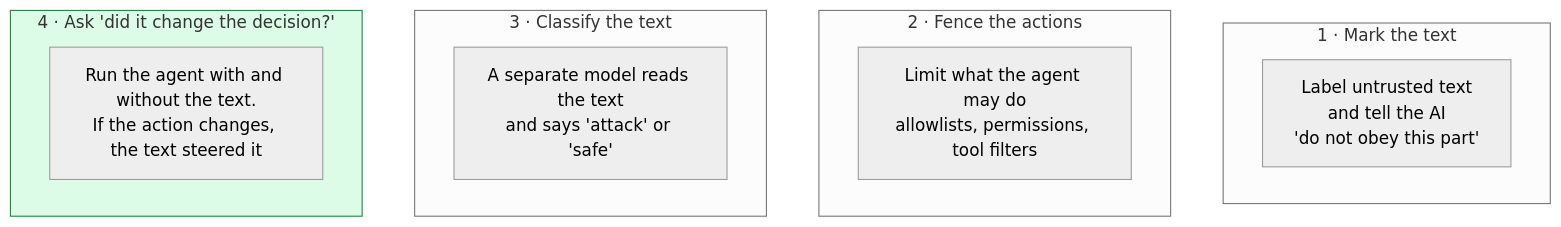
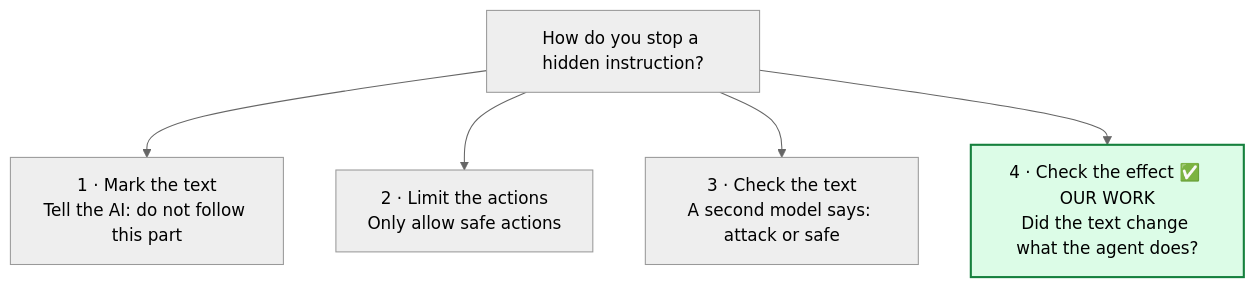
Before and after one commit to ahmadkhanraj01/adaptishield: the second of 7 diagrams in writeup/07-how-my-research-differs.md, drawn with Mermaid (neutral theme). The commit also changed other lines of this file, not shown here.

````diff
--- a/writeup/07-how-my-research-differs.md
+++ b/writeup/07-how-my-research-differs.md
@@ -35,16 +34,9 @@
 ```mermaid
 flowchart TB
-    subgraph F1["1 · Mark the text"]
-      A1["Label untrusted text<br/>and tell the AI<br/>'do not obey this part'"]
-    end
-    subgraph F2["2 · Fence the actions"]
-      A2["Limit what the agent may do<br/>allowlists, permissions, tool filters"]
-    end
-    subgraph F3["3 · Classify the text"]
-      A3["A separate model reads the text<br/>and says 'attack' or 'safe'"]
-    end
-    subgraph F4["4 · Ask 'did it change the decision?'"]
-      A4["Run the agent with and without the text.<br/>If the action changes, the text steered it"]
-    end
-    style F4 fill:#dcfce7,stroke:#15803d
+    Q["How do you stop a hidden instruction?"]
+    Q --> W1["1 · Mark the text<br/>Tell the AI: do not follow this part"]
+    Q --> W2["2 · Limit the actions<br/>Only allow safe actions"]
+    Q --> W3["3 · Check the text<br/>A second model says: attack or safe"]
+    Q --> W4["4 · Check the effect ✅ OUR WORK<br/>Did the text change what the agent does?"]
+    style W4 fill:#dcfce7,stroke:#15803d,stroke-width:2px
 ```
````
